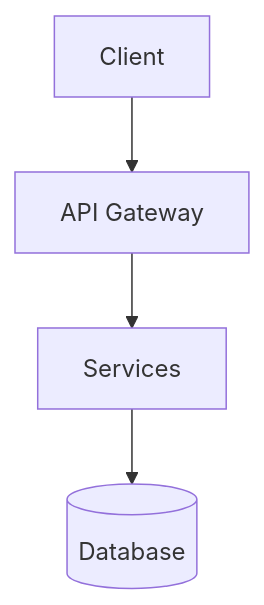
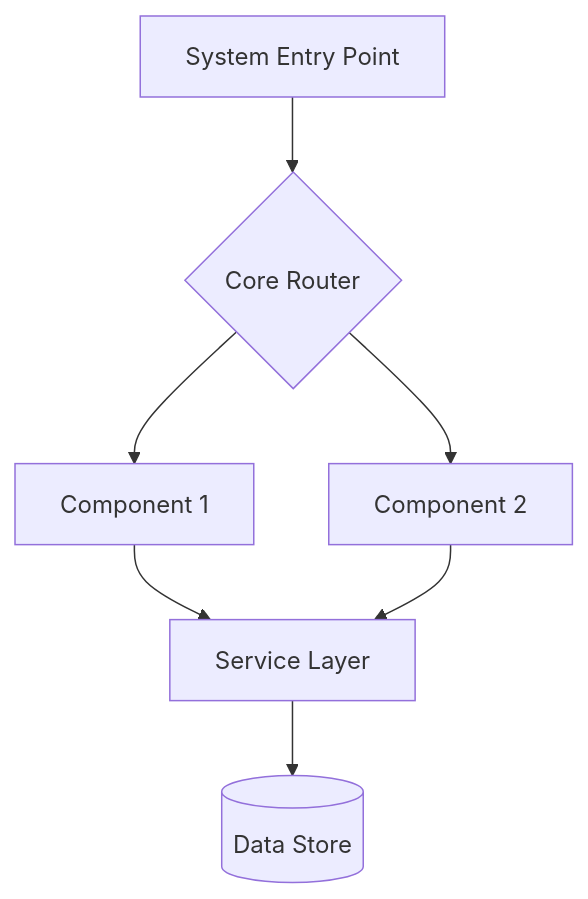
Before and after one commit to xincheng213618/OpenDeepWiki: the first of 10 diagrams in src/KoalaWiki/Prompts/Warehouse/GenerateDocsApplications.md, drawn with Mermaid. The commit also changed other lines of this file and 14 other files, not shown here.

````diff
--- a/src/KoalaWiki/Prompts/Warehouse/GenerateDocsApplications.md
+++ b/src/KoalaWiki/Prompts/Warehouse/GenerateDocsApplications.md
@@ -91,6 +79,9 @@
 ```mermaid
-flowchart TD
-    A[Client] --> B[API Gateway]
-    B --> C[Services]
-    C --> D[(Database)]
+graph TD
+    A[System Entry Point] --> B{Core Router}
+    B --> C[Component 1]
+    B --> D[Component 2]
+    C --> E[Service Layer]
+    D --> E
+    E --> F[(Data Store)]
 ```
````
